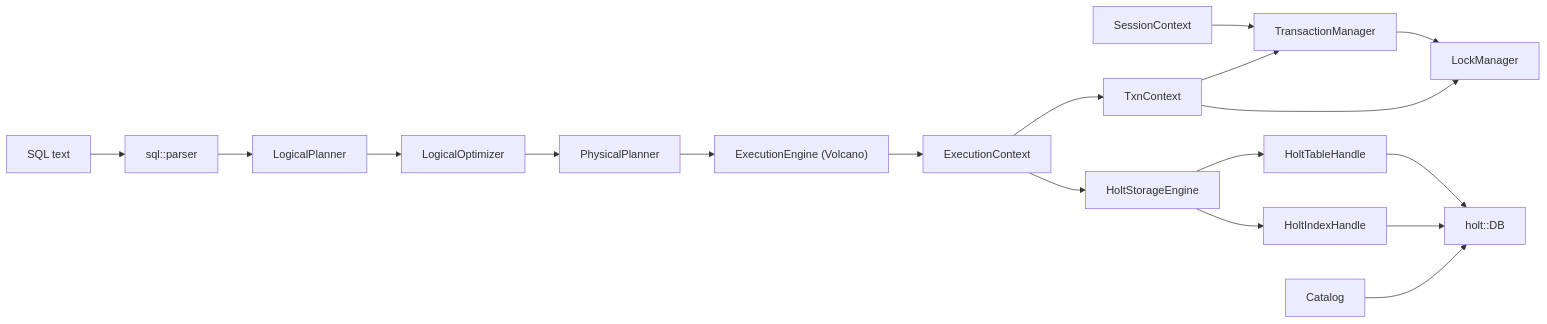
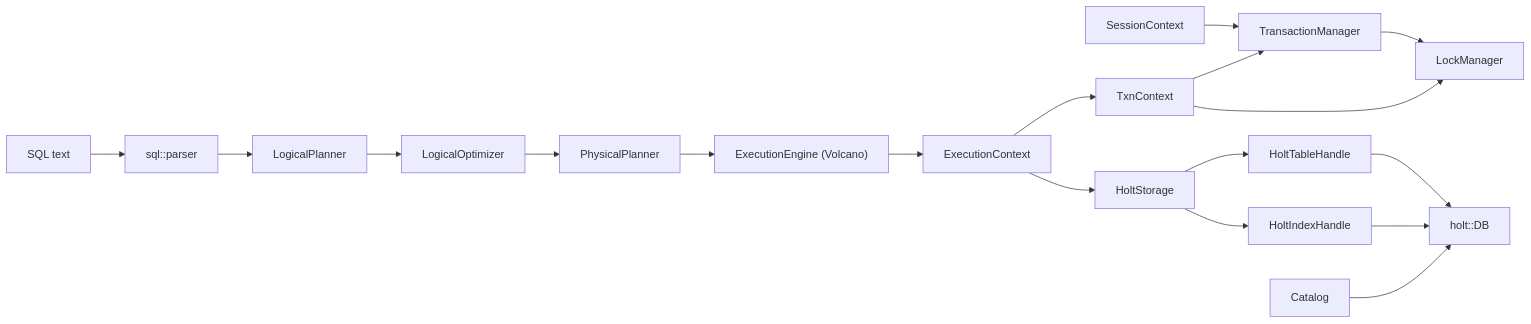
The first of 2 diagrams in docs/src/architecture.md (feichai0017/QuillSQL), drawn with Mermaid before and after one commit. The commit also changed 5 other files, not shown here.

Commit message:
Remove explicit Holt storage DDL clauses

````diff
--- a/docs/src/architecture.md
+++ b/docs/src/architecture.md
@@ -10,22 +10,22 @@
 ```mermaid
 flowchart LR
     SQL["SQL text"] --> Parser["sql::parser"]
     Parser --> Logical["LogicalPlanner"]
     Logical --> Optimizer["LogicalOptimizer"]
     Optimizer --> Physical["PhysicalPlanner"]
     Physical --> Exec["ExecutionEngine (Volcano)"]
 
     Session["SessionContext"] --> Txn["TransactionManager"]
     Txn --> Locks["LockManager"]
     Exec --> Ctx["ExecutionContext"]
     Ctx --> TxnCtx["TxnContext"]
     TxnCtx --> Txn
     TxnCtx --> Locks
 
-    Ctx --> Engine["HoltStorageEngine"]
+    Ctx --> Engine["HoltStorage"]
     Engine --> Table["HoltTableHandle"]
     Engine --> Index["HoltIndexHandle"]
     Table --> Holt["holt::DB"]
     Index --> Holt
     Catalog["Catalog"] --> Holt
 ```
````
